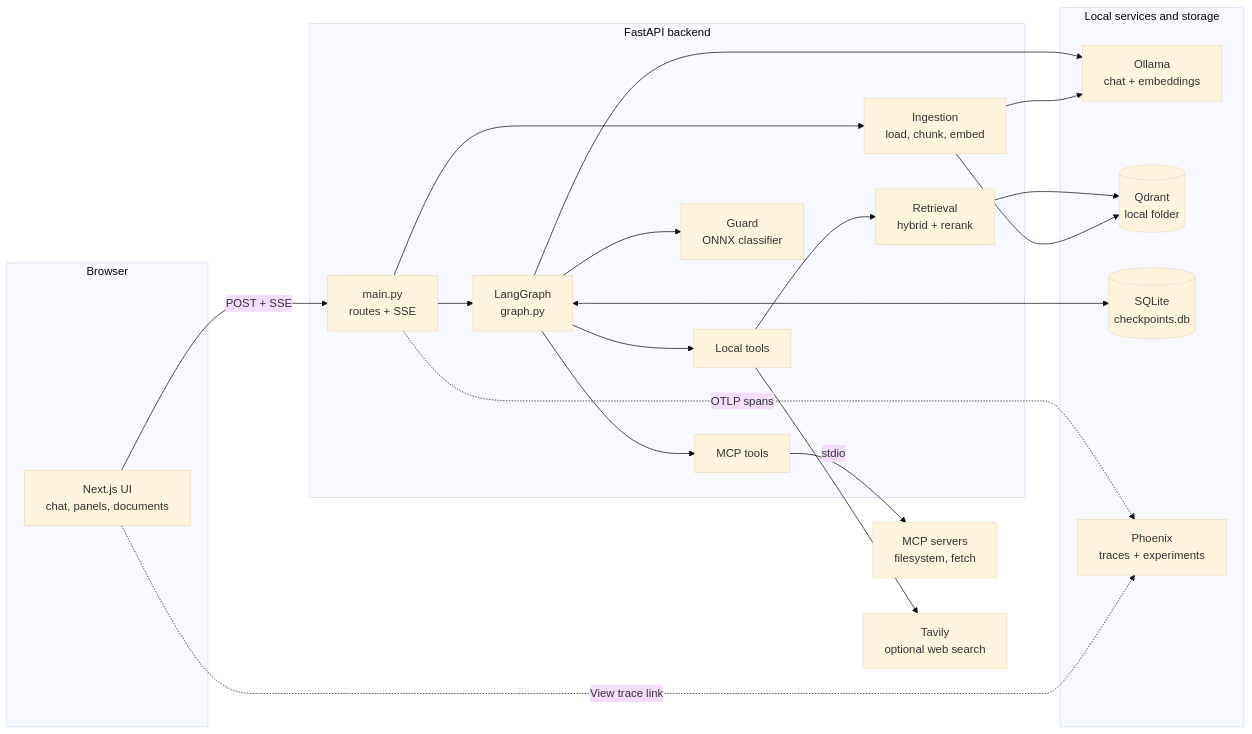
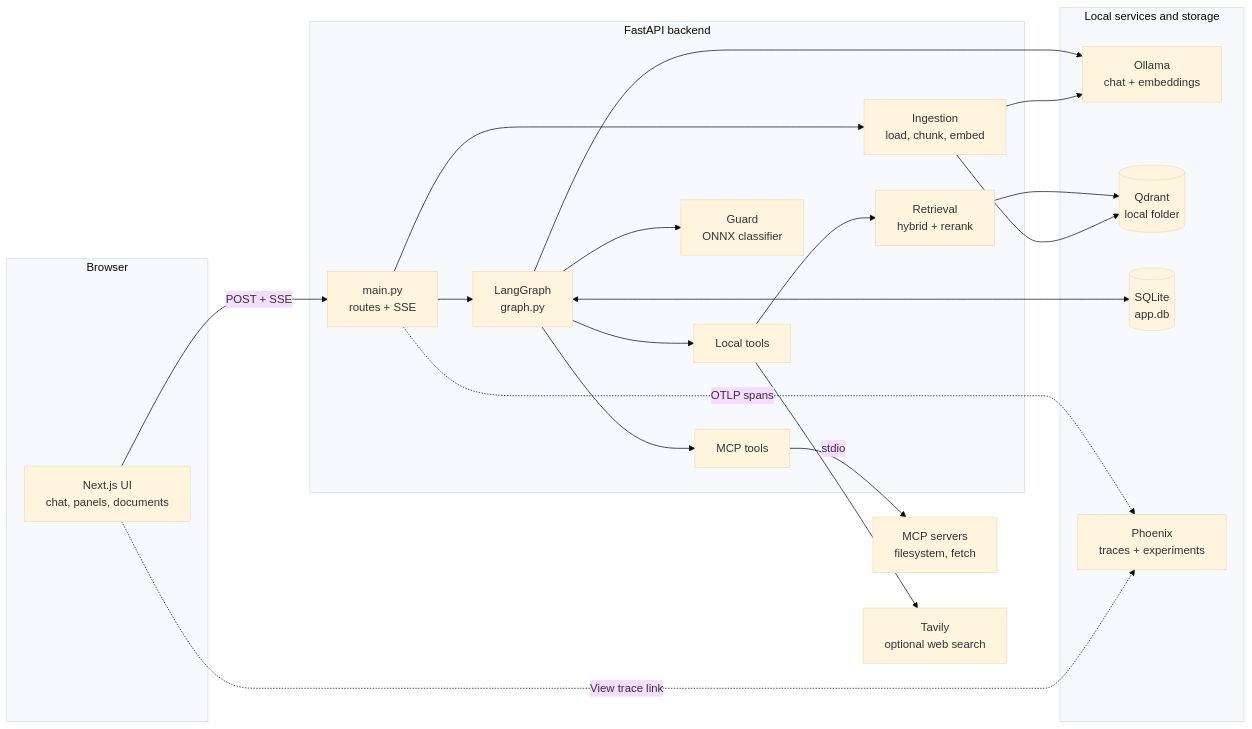
The first of 10 diagrams in README.md (sheddyboy/agent_chat), drawn with Mermaid (base theme) before and after one commit. The commit also changed other lines of this file and 5 other files, not shown here.

````diff
--- a/README.md
+++ b/README.md
@@ -38,43 +38,43 @@
 ```mermaid
 flowchart LR
     subgraph Browser
         UI["Next.js UI<br/>chat, panels, documents"]
     end
 
     subgraph Backend["FastAPI backend"]
         API["main.py<br/>routes + SSE"]
         G["LangGraph<br/>graph.py"]
         T["Local tools"]
         M["MCP tools"]
         GU["Guard<br/>ONNX classifier"]
         ING["Ingestion<br/>load, chunk, embed"]
         RET["Retrieval<br/>hybrid + rerank"]
     end
 
     subgraph Local["Local services and storage"]
         OL["Ollama<br/>chat + embeddings"]
         QD[("Qdrant<br/>local folder")]
-        SQ[("SQLite<br/>checkpoints.db")]
+        SQ[("SQLite<br/>app.db")]
         PH["Phoenix<br/>traces + experiments"]
     end
 
     MCPS["MCP servers<br/>filesystem, fetch"]
     TAV["Tavily<br/>optional web search"]
 
     UI -- "POST + SSE" --> API
     API --> G
     G --> GU
     G --> OL
     G --> T
     G --> M
     G <--> SQ
     T --> RET
     T --> TAV
     RET --> QD
     API --> ING
     ING --> OL
     ING --> QD
     M -- stdio --> MCPS
     API -. OTLP spans .-> PH
     UI -. "View trace" link .-> PH
 ```
````
